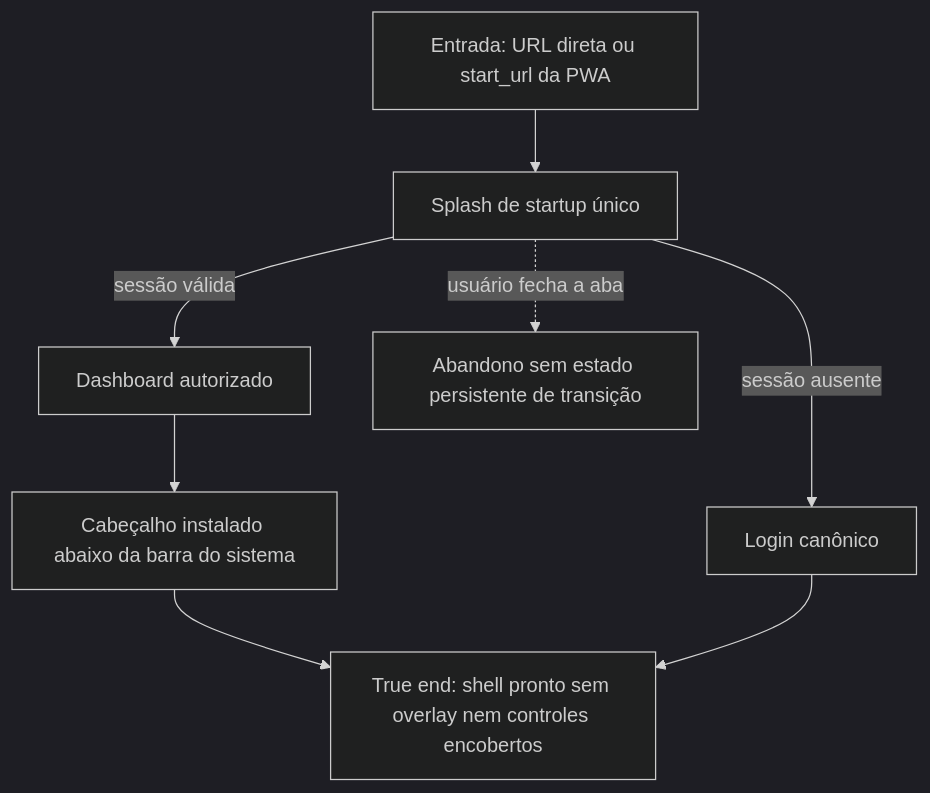
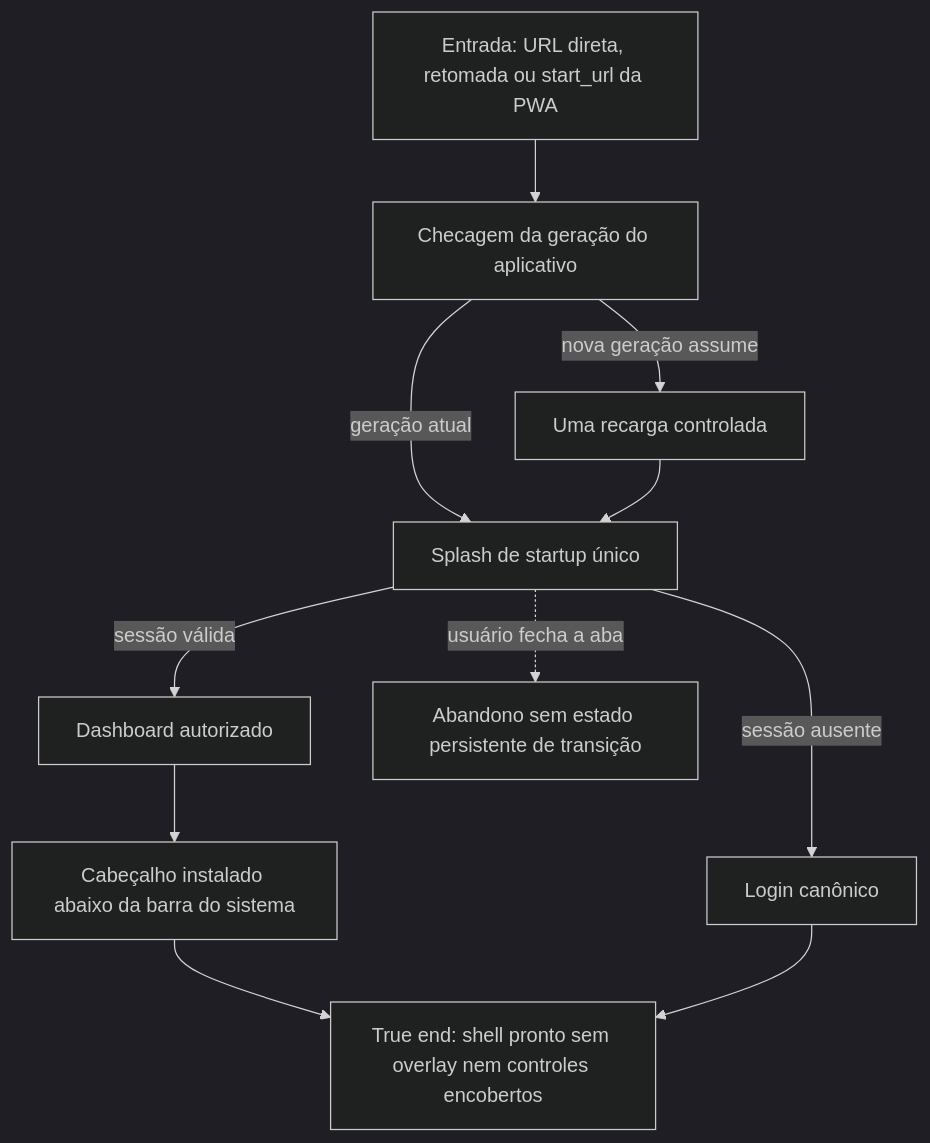
Before and after one commit to andreustimm/master-jobs: the diagram in docs/qa/journeys/J-open-dashboard-direct.md, drawn with Mermaid (dark theme). The commit also changed other lines of this file and 30 other files, not shown here.

````diff
--- a/docs/qa/journeys/J-open-dashboard-direct.md
+++ b/docs/qa/journeys/J-open-dashboard-direct.md
@@ -3,10 +3,13 @@
 ```mermaid
 flowchart TD
-    A[Entrada: URL direta ou start_url da PWA] --> B[Splash de startup único]
+    A[Entrada: URL direta, retomada ou start_url da PWA] --> U[Checagem da geração do aplicativo]
+    U -->|geração atual| B[Splash de startup único]
+    U -->|nova geração assume| R[Uma recarga controlada]
+    R --> B
     B -->|sessão válida| C[Dashboard autorizado]
     B -->|sessão ausente| D[Login canônico]
     B -.->|usuário fecha a aba| X[Abandono sem estado persistente de transição]
     C --> F[Cabeçalho instalado abaixo da barra do sistema]
     F --> E[True end: shell pronto sem overlay nem controles encobertos]
     D --> E
 ```
````
